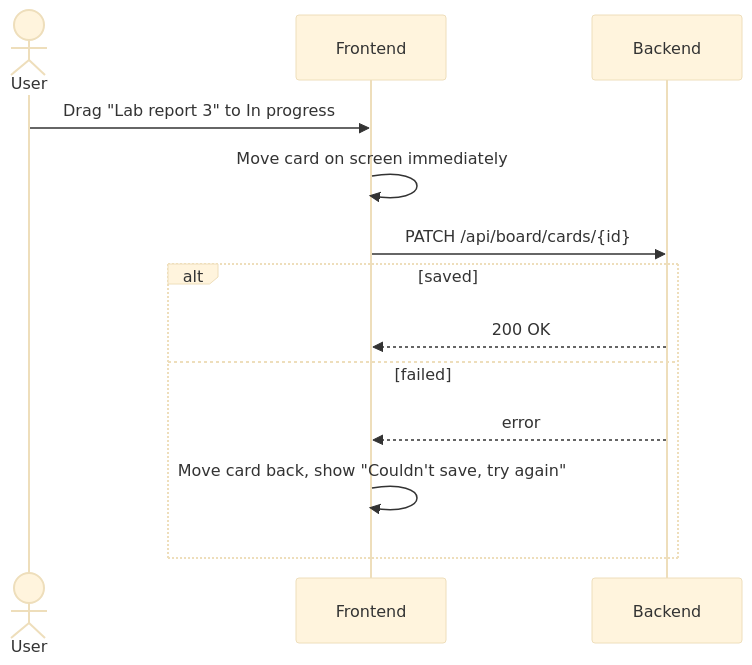
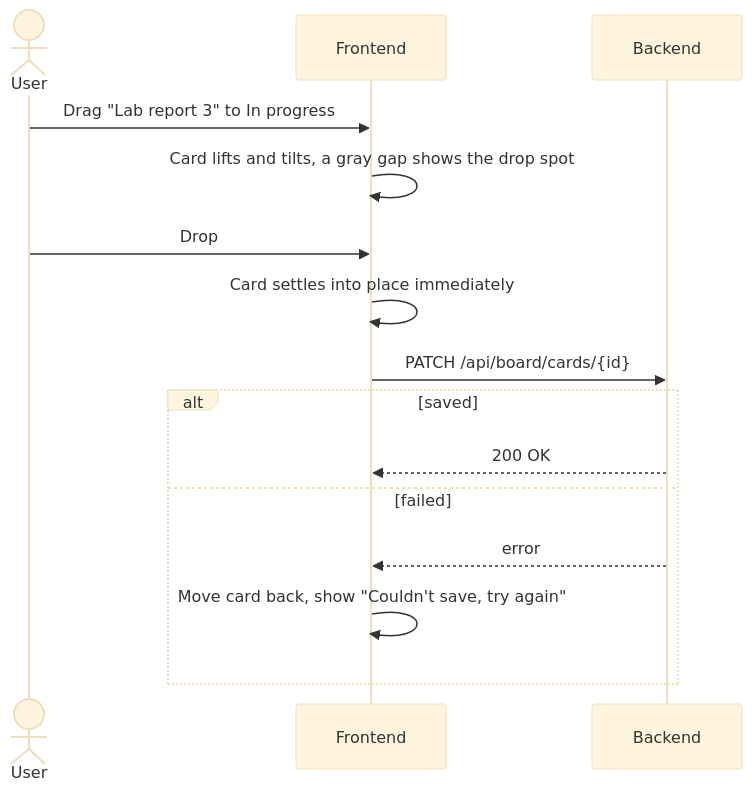
The fourth of 9 diagrams in docs/canvas-portal/04-wireframes-workflows.md (bbranton/TestProj), drawn with Mermaid (base theme) before and after one commit. The commit also changed other lines of this file and 5 other files, not shown here.

````diff
--- a/docs/canvas-portal/04-wireframes-workflows.md
+++ b/docs/canvas-portal/04-wireframes-workflows.md
@@ -264,16 +367,18 @@
 ```mermaid
 sequenceDiagram
     actor U as User
     participant F as Frontend
     participant A as Backend
 
     U->>F: Drag "Lab report 3" to In progress
-    F->>F: Move card on screen immediately
+    F->>F: Card lifts and tilts, a gray gap shows the drop spot
+    U->>F: Drop
+    F->>F: Card settles into place immediately
     F->>A: PATCH /api/board/cards/{id}
     alt saved
         A-->>F: 200 OK
     else failed
         A-->>F: error
         F->>F: Move card back, show "Couldn't save, try again"
     end
 ```
````
